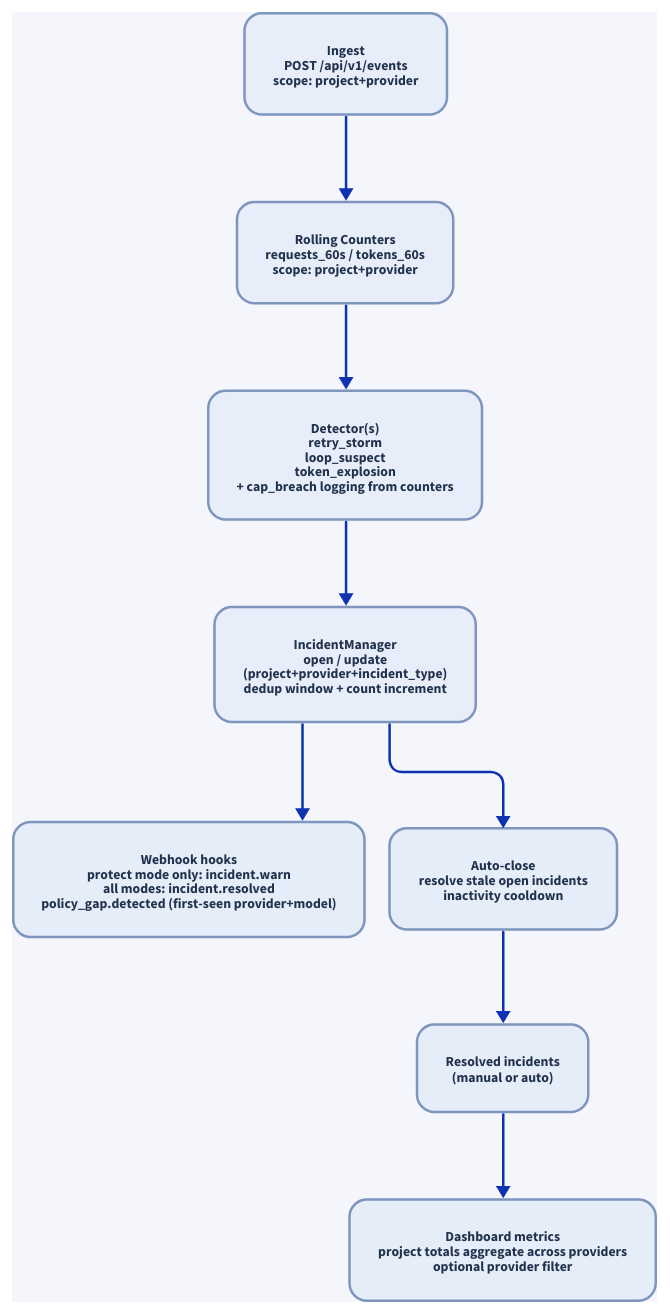
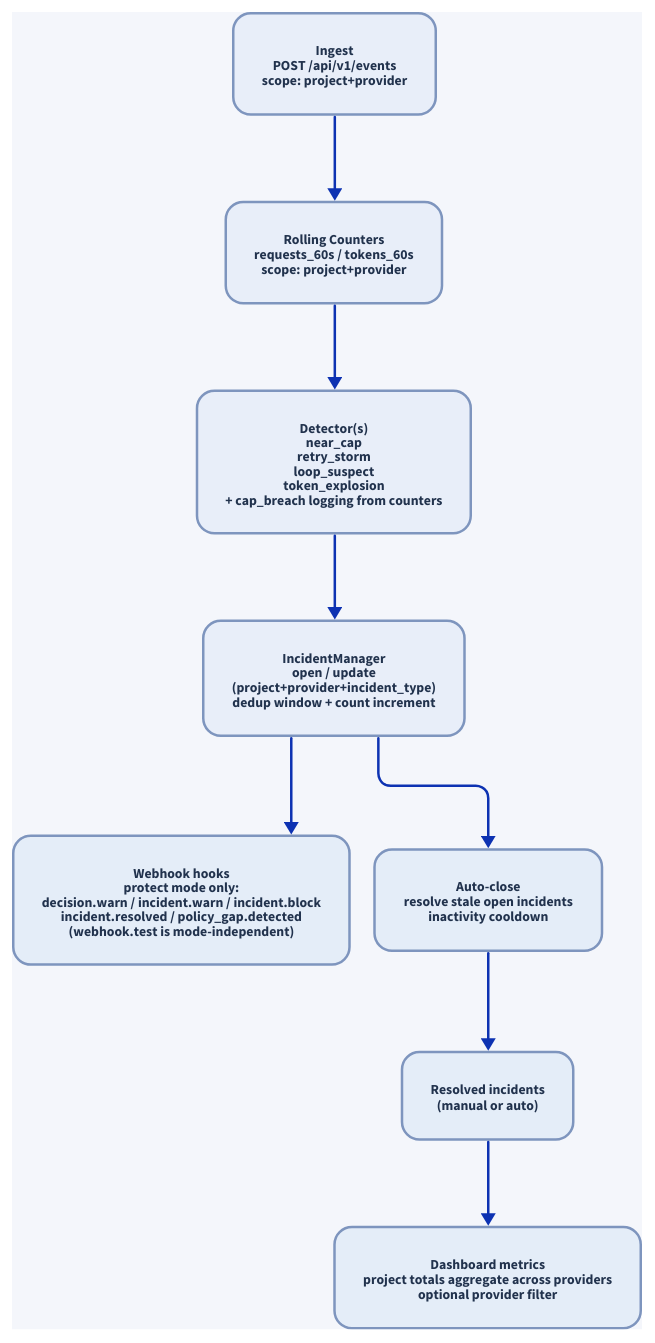
Before and after one commit to MichaelTelvin/Rheonic: the diagram in docs/architecture/incident_flow.d2, drawn with D2. The commit also changed 32 other files, not shown here.

```diff
--- a/docs/architecture/incident_flow.d2
+++ b/docs/architecture/incident_flow.d2
@@ -1,101 +1,101 @@
 direction: down
 
 vars: {
   d2-config: {
     pad: 22
     sketch: false
     layout-engine: elk
   }
 }
 
 style: {
   fill: "#f4f6fb"
 }
 
 ingest: "Ingest\nPOST /api/v1/events\nscope: project+provider" {
   style: {
     fill: "#e8eef9"
     stroke: "#7e95be"
     font-color: "#21324d"
     border-radius: 14
     font-size: 11
   }
 }
 
 counters: "Rolling Counters\nrequests_60s / tokens_60s\nscope: project+provider" {
   style: {
     fill: "#e8eef9"
     stroke: "#7e95be"
     font-color: "#21324d"
     border-radius: 14
     font-size: 11
   }
 }
 
-detectors: "Detector(s)\nretry_storm\nloop_suspect\ntoken_explosion\n+ cap_breach logging from counters" {
+detectors: "Detector(s)\nnear_cap\nretry_storm\nloop_suspect\ntoken_explosion\n+ cap_breach logging from counters" {
   style: {
     fill: "#e8eef9"
     stroke: "#7e95be"
     font-color: "#21324d"
     border-radius: 14
     font-size: 11
   }
 }
 
 incident_manager: "IncidentManager\nopen / update\n(project+provider+incident_type)\ndedup window + count increment" {
   style: {
     fill: "#e8eef9"
     stroke: "#7e95be"
     font-color: "#21324d"
     border-radius: 14
     font-size: 11
   }
 }
 
-webhooks: "Webhook hooks\nprotect mode only: incident.warn\nall modes: incident.resolved\npolicy_gap.detected (first-seen provider+model)" {
+webhooks: "Webhook hooks\nprotect mode only:\ndecision.warn / incident.warn / incident.block\nincident.resolved / policy_gap.detected\n(webhook.test is mode-independent)" {
   style: {
     fill: "#e4edf8"
     stroke: "#7e95be"
     font-color: "#21324d"
     border-radius: 14
     font-size: 11
   }
 }
 
 autoclose: "Auto-close\nresolve stale open incidents\ninactivity cooldown" {
   style: {
     fill: "#e4edf8"
     stroke: "#7e95be"
     font-color: "#21324d"
     border-radius: 14
     font-size: 11
   }
 }
 
 resolved: "Resolved incidents\n(manual or auto)" {
   style: {
     fill: "#e4edf8"
     stroke: "#7e95be"
     font-color: "#21324d"
     border-radius: 14
     font-size: 11
   }
 }
 
 dashboard: "Dashboard metrics\nproject totals aggregate across providers\noptional provider filter" {
   style: {
     fill: "#e4edf8"
     stroke: "#7e95be"
     font-color: "#21324d"
     border-radius: 14
     font-size: 11
   }
 }
 
 ingest -> counters
 counters -> detectors
 detectors -> incident_manager
 incident_manager -> webhooks
 incident_manager -> autoclose
 autoclose -> resolved
 resolved -> dashboard
```
